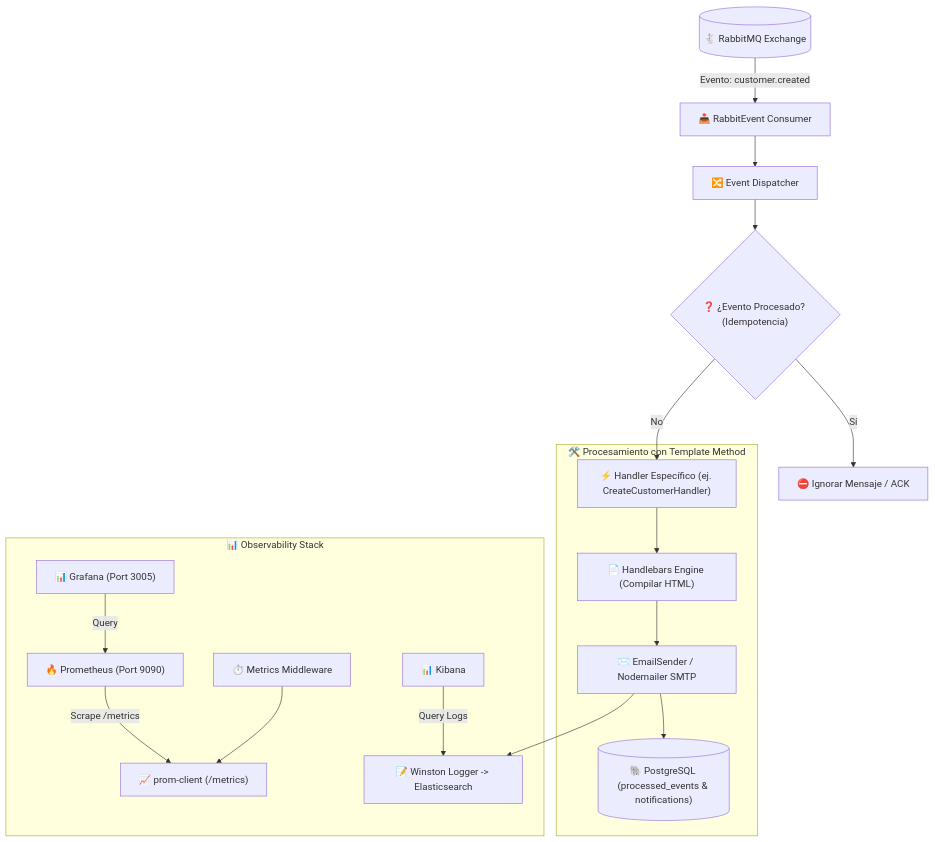
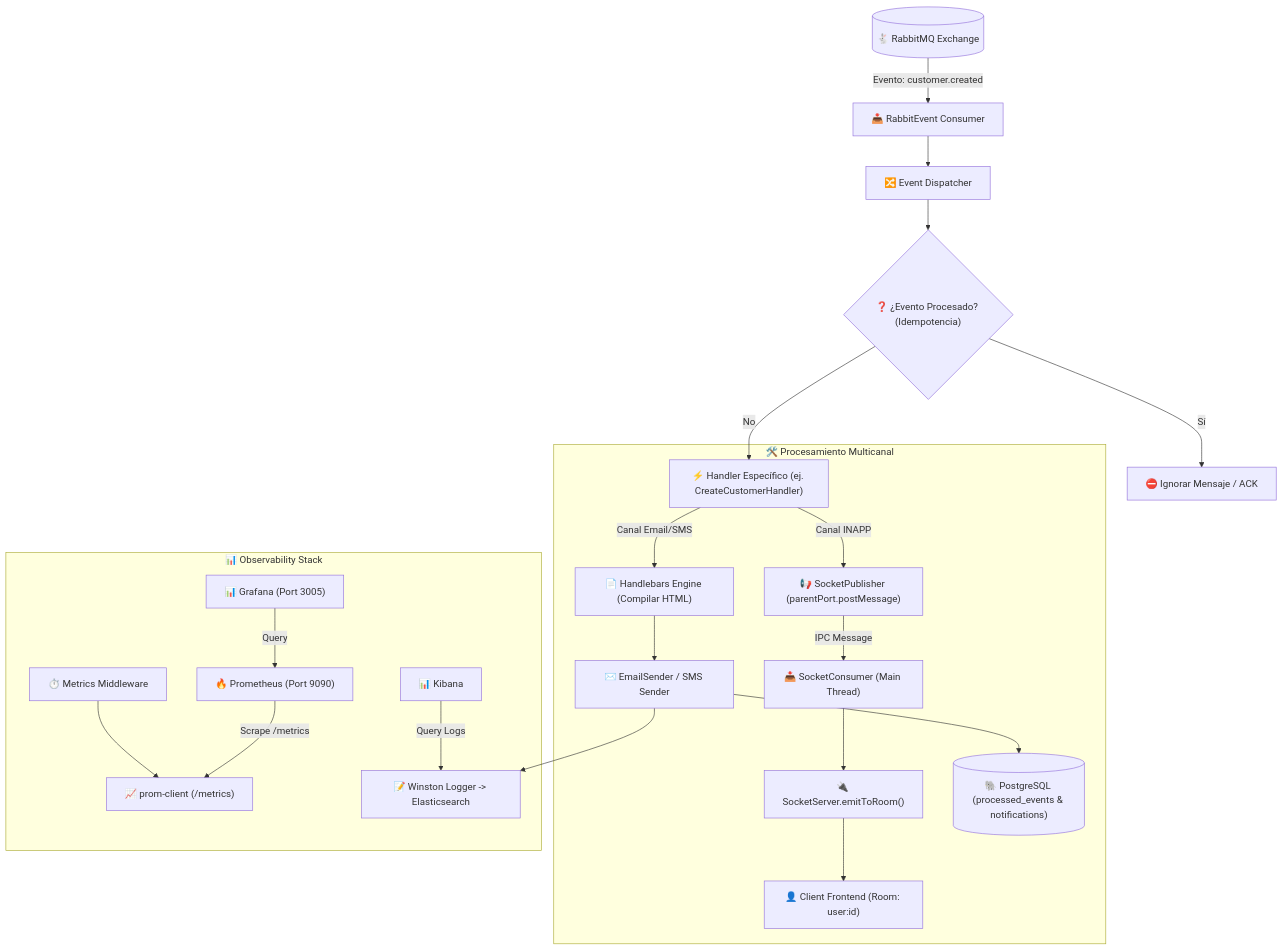
One commit to nrv23/StreamCRM-App changed the second of 3 diagrams in apps/notification-service/README.md. Above: the diagram before and after it, drawn with Mermaid. The commit also changed other lines of this file, not shown here.

````diff
--- a/apps/notification-service/README.md
+++ b/apps/notification-service/README.md
@@ -69,23 +110,27 @@
 ```mermaid
 graph TD
     Rabbit[("🐇 RabbitMQ Exchange")] -->|Evento: customer.created| Consumer["📥 RabbitEvent Consumer"]
     Consumer --> Dispatcher["🔀 Event Dispatcher"]
     
     Dispatcher --> Check{"❓ ¿Evento Procesado? (Idempotencia)"}
     Check -- Sí --> Ignore["⛔ Ignorar Mensaje / ACK"]
     Check -- No --> Handler["⚡ Handler Específico (ej. CreateCustomerHandler)"]
 
-    subgraph Processing ["🛠️ Procesamiento con Template Method"]
-        Handler --> Template["📄 Handlebars Engine (Compilar HTML)"]
-        Template --> Sender["✉️ EmailSender / Nodemailer SMTP"]
+    subgraph Processing ["🛠️ Procesamiento Multicanal"]
+        Handler -->|Canal Email/SMS| Template["📄 Handlebars Engine (Compilar HTML)"]
+        Template --> Sender["✉️ EmailSender / SMS Sender"]
+        Handler -->|Canal INAPP| SocketPub["📢 SocketPublisher (parentPort.postMessage)"]
+        SocketPub -->|IPC Message| SocketCon["📥 SocketConsumer (Main Thread)"]
+        SocketCon --> SocketServer["🔌 SocketServer.emitToRoom()"]
         Sender --> DB[("🐘 PostgreSQL (processed_events & notifications)")]
+        SocketServer --> Client["👤 Client Frontend (Room: user:id)"]
     end
 
     subgraph Observability ["📊 Observability Stack"]
         MetricsMiddleware["⏱️ Metrics Middleware"] --> PromClient["📈 prom-client (/metrics)"]
         Prometheus["🔥 Prometheus (Port 9090)"] -->|Scrape /metrics| PromClient
         Grafana["📊 Grafana (Port 3005)"] -->|Query| Prometheus
         Sender --> Log["📝 Winston Logger -> Elasticsearch"]
         Kibana["📊 Kibana"] -->|Query Logs| Log
     end
 ```
````
